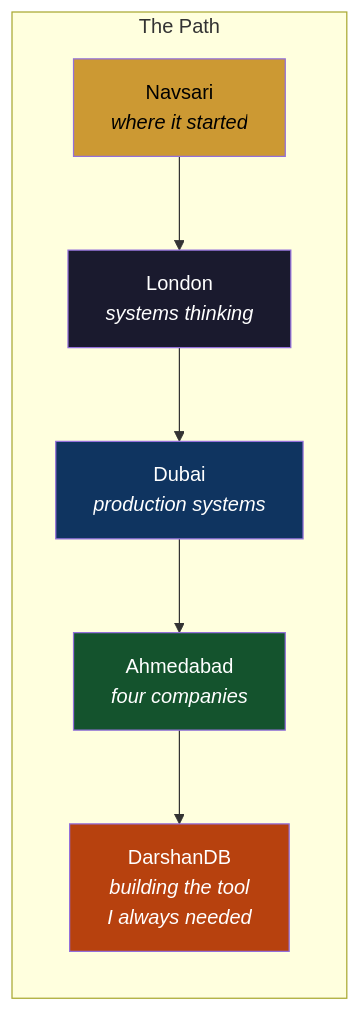
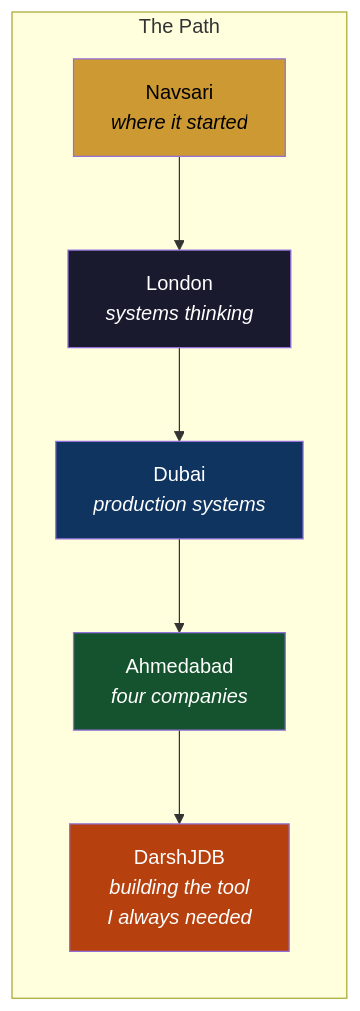
Before and after one commit to darshjme/darshjdb: the first of 11 diagrams in README.md, drawn with Mermaid. The commit also changed other lines of this file and 107 other files, not shown here.

First line of the commit message:
rebrand: DarshanDB → DarshJDB (DDB)

````diff
--- a/README.md
+++ b/README.md
@@ -47,15 +47,15 @@
 ```mermaid
 graph LR
     subgraph Journey["The Path"]
         N["Navsari\n<i>where it started</i>"] --> L["London\n<i>systems thinking</i>"]
         L --> D["Dubai\n<i>production systems</i>"]
         D --> A["Ahmedabad\n<i>four companies</i>"]
-        A --> DB["DarshanDB\n<i>building the tool\nI always needed</i>"]
+        A --> DB["DarshJDB\n<i>building the tool\nI always needed</i>"]
     end
 
     style N fill:#cc9933,color:#000
     style L fill:#1a1a2e,color:#fff
     style D fill:#0f3460,color:#fff
     style A fill:#14532d,color:#fff
     style DB fill:#B7410E,color:#fff
 ```
````
